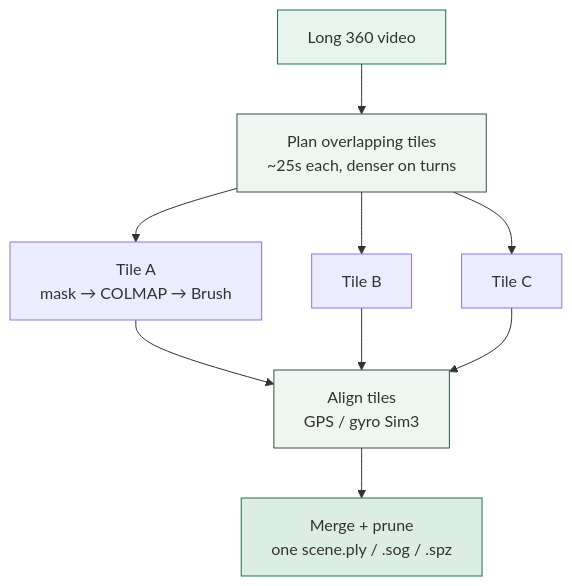
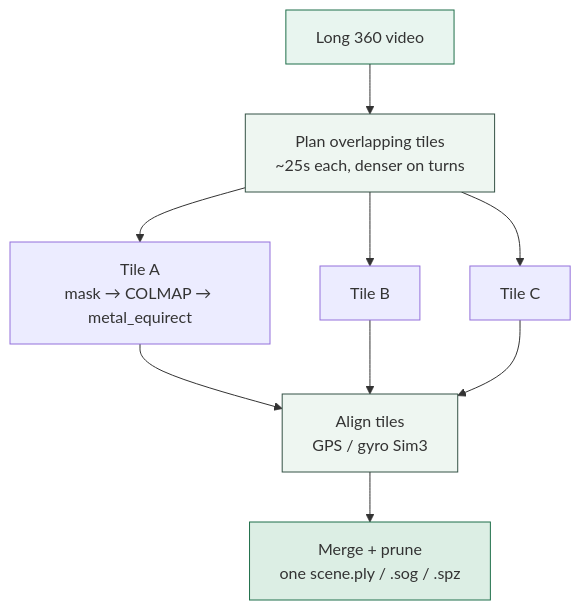
Before and after one commit to Browens5/InstaSplat: the second of 3 diagrams in README.md, drawn with Mermaid. The commit also changed other lines of this file and 32 other files, not shown here.

First line of the commit message:
Make metal_equirect the sole trainer; remove Brush and OpenSplat

````diff
--- a/README.md
+++ b/README.md
@@ -97,16 +97,16 @@
 ```mermaid
 flowchart TB
   V["Long 360 video"] --> P["Plan overlapping tiles<br/>~25s each, denser on turns"]
-  P --> T1["Tile A<br/>mask → COLMAP → Brush"]
+  P --> T1["Tile A<br/>mask → COLMAP → metal_equirect"]
   P --> T2["Tile B"]
   P --> T3["Tile C"]
   T1 --> A["Align tiles<br/>GPS / gyro Sim3"]
   T2 --> A
   T3 --> A
   A --> M["Merge + prune<br/>one scene.ply / .sog / .spz"]
 
   style V fill:#e8f5ef,stroke:#1f6f4a
   style P fill:#eef6f1,stroke:#355246
   style A fill:#eef6f1,stroke:#355246
   style M fill:#dceee4,stroke:#1f6f4a
 ```
````
